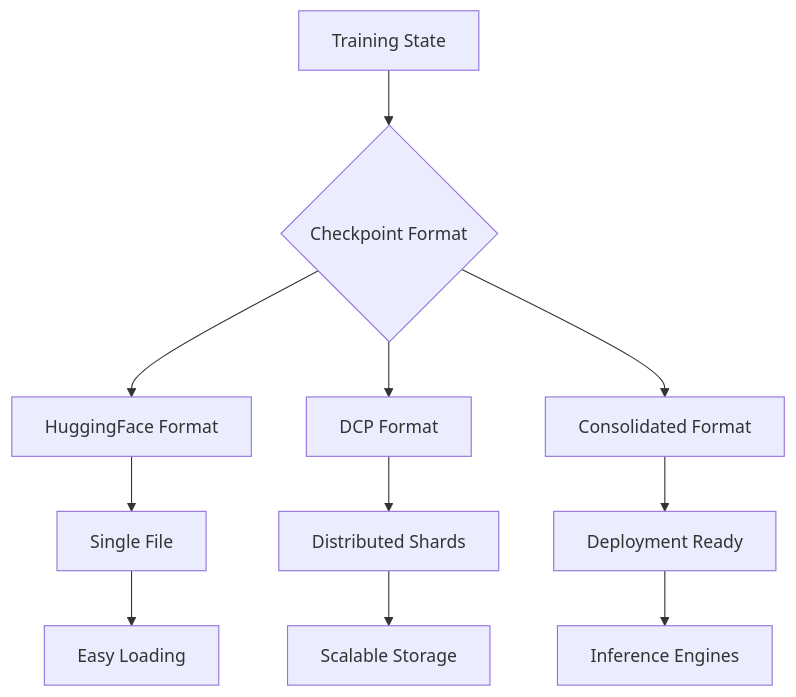
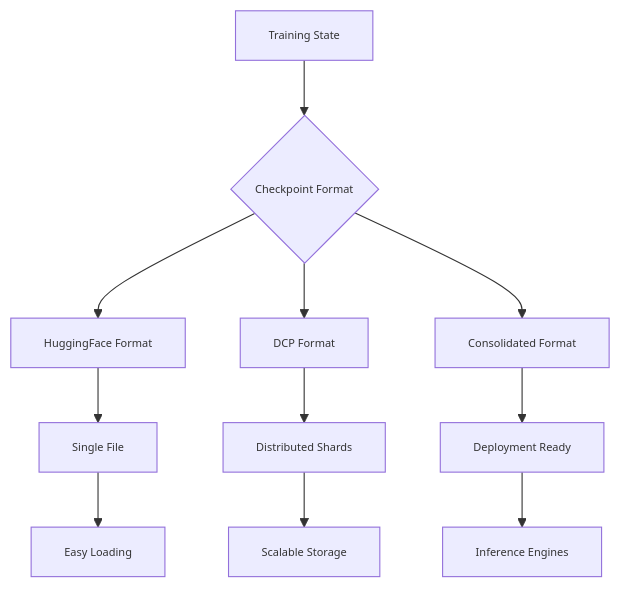
One commit to rkalaniNV/Automodel changed the sixth of 7 diagrams in docs/about/architecture-overview.md. Above: the diagram before and after it, drawn with Mermaid. The commit also changed other lines of this file and 46 other files, not shown here.

````diff
--- a/docs/about/architecture-overview.md
+++ b/docs/about/architecture-overview.md
@@ -505,15 +515,16 @@
 ```{mermaid}
+%%{init: {"themeVariables": {"fontSize": "10px", "lineHeight": "14px", "nodePadding": 6}}}%%
 graph TB
     A[Training State] --> B{Checkpoint Format}
     B --> C[HuggingFace Format]
     B --> D[DCP Format] 
     B --> E[Consolidated Format]
     
     C --> F[Single File]
     D --> G[Distributed Shards]
     E --> H[Deployment Ready]
     
     F --> I[Easy Loading]
     G --> J[Scalable Storage]
     H --> K[Inference Engines]
 ```
````
